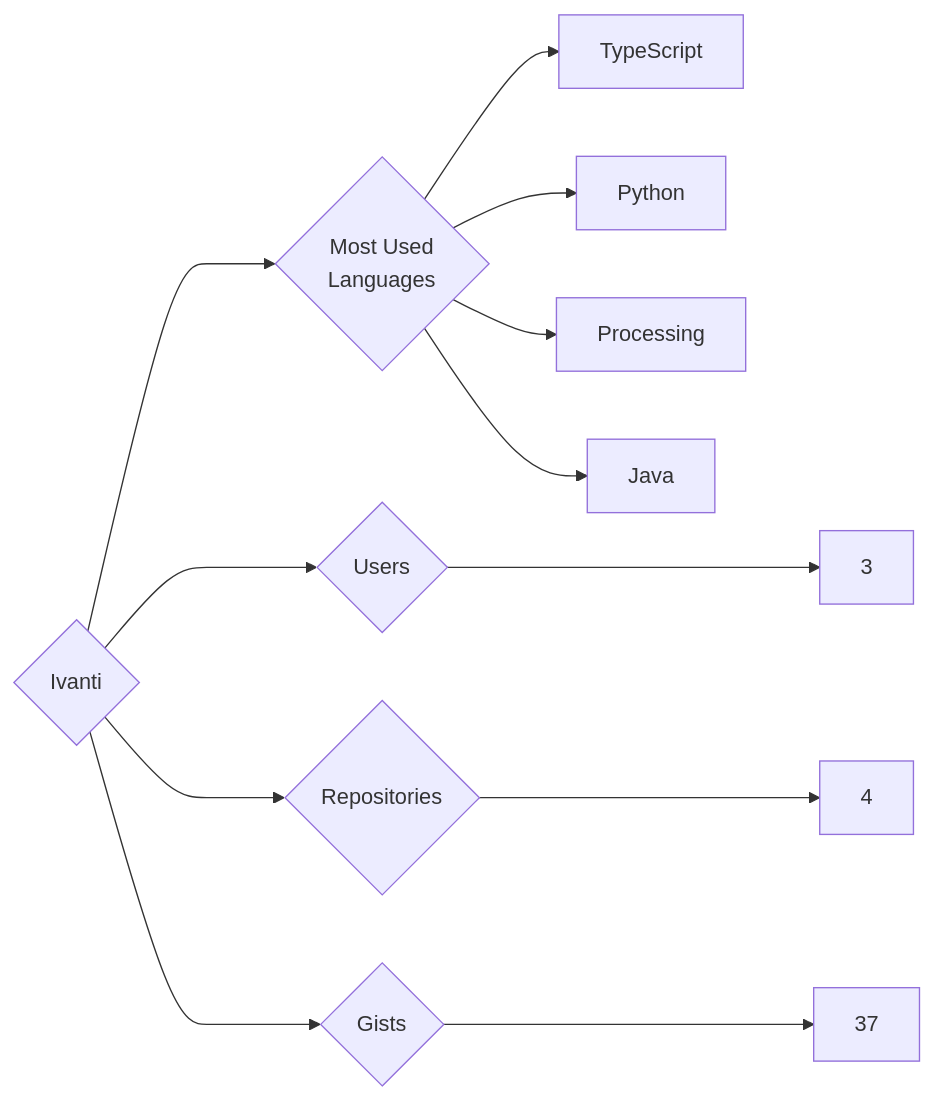
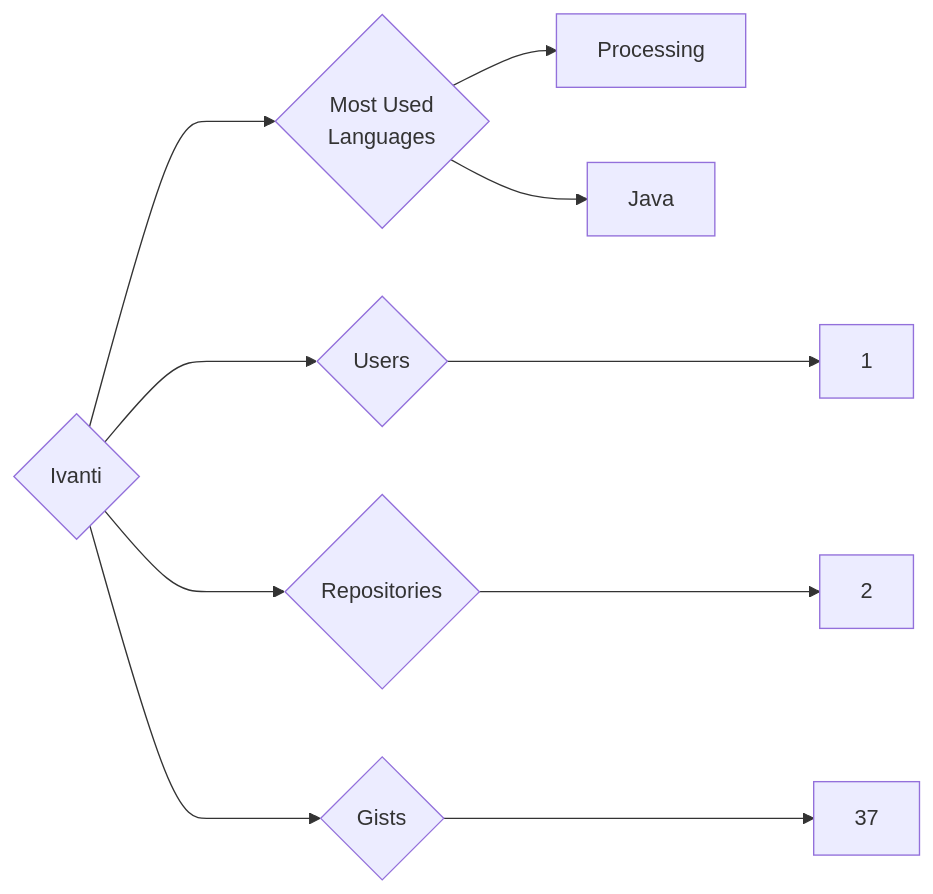
One commit to trickest/insiders changed the diagram in targets/Ivanti/README.md. Above: the diagram before and after it, drawn with Mermaid. The commit also changed 1089 other files, not shown here.

````diff
--- a/targets/Ivanti/README.md
+++ b/targets/Ivanti/README.md
@@ -3,12 +3,10 @@
 ```mermaid
 graph LR
 COMPANY_NAME{Ivanti}
-COMPANY_NAME ---> U{Users} ---> UN[3]
-COMPANY_NAME ---> R{Repositories} ---> RN[4]
+COMPANY_NAME ---> U{Users} ---> UN[1]
+COMPANY_NAME ---> R{Repositories} ---> RN[2]
 COMPANY_NAME ---> G{Gists} ---> GN[37]
 COMPANY_NAME ---> ML{Most Used<br>Languages}
-ML --> TypeScript[TypeScript]
-ML --> Python[Python]
 ML --> Processing[Processing]
 ML --> Java[Java]
 ```
````
